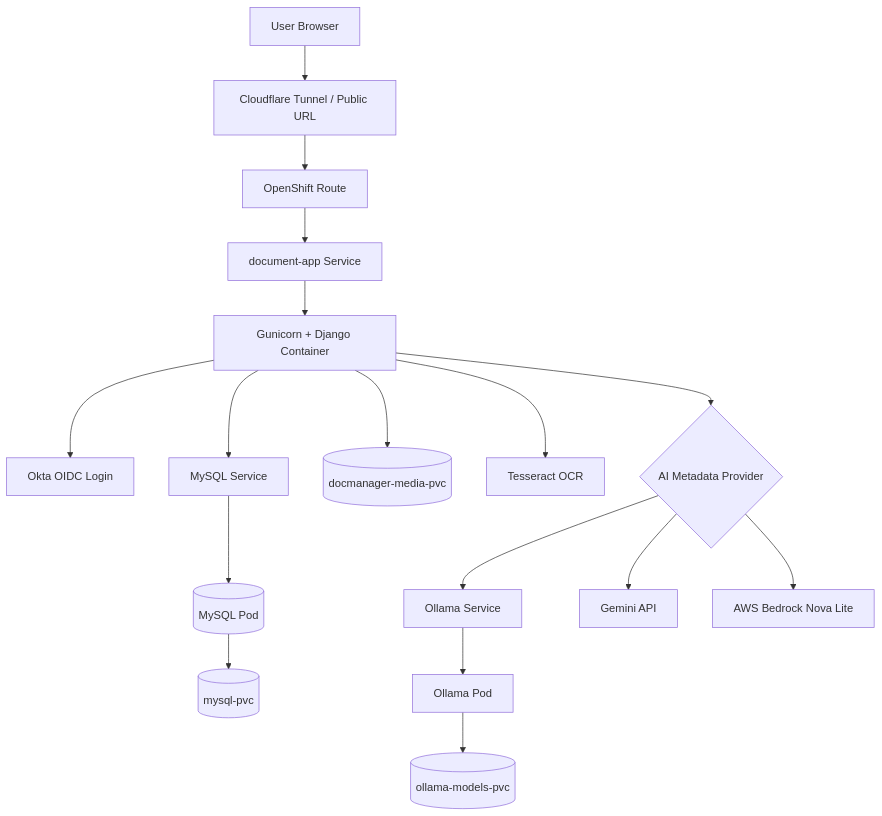
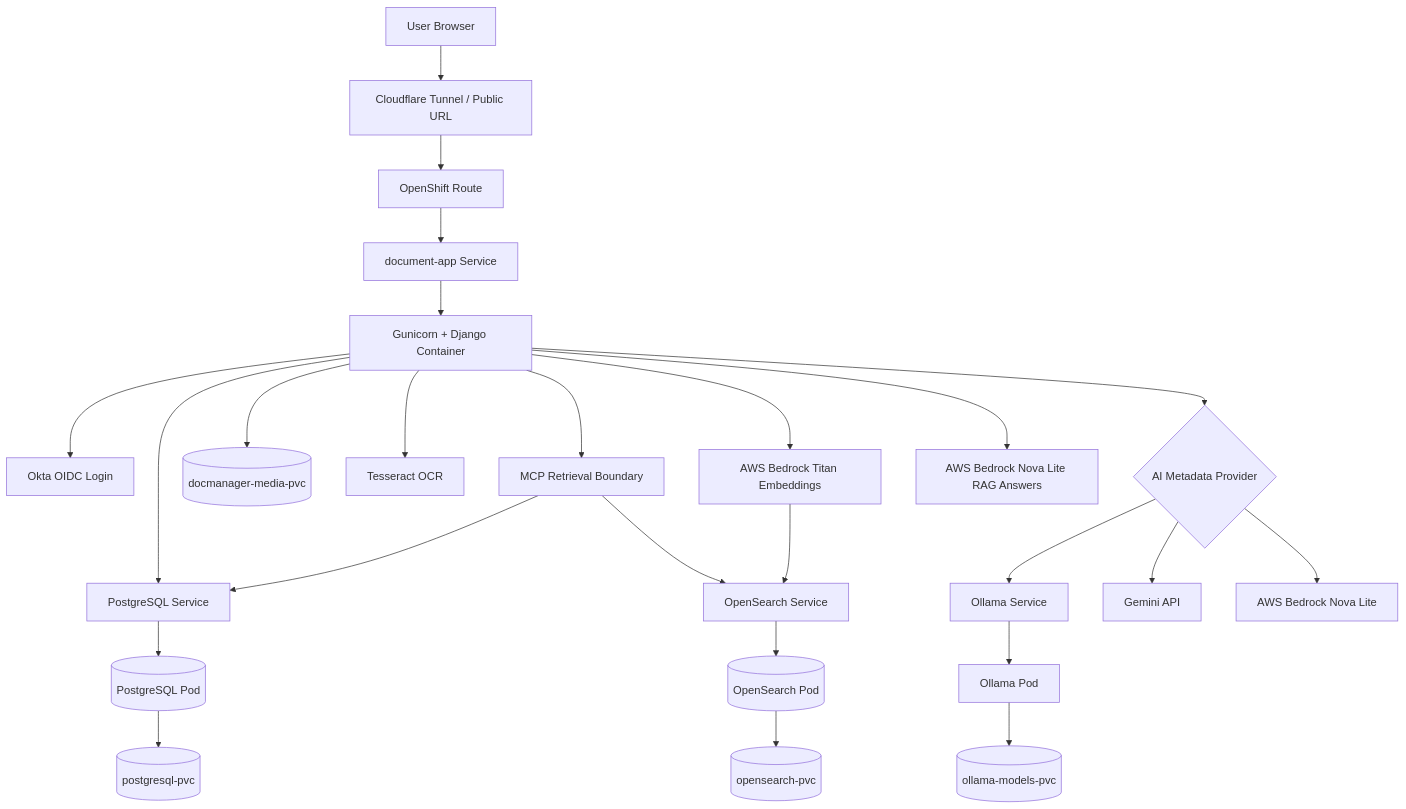
Before and after one commit to khaliqueaws-creator/document-management: the first of 3 diagrams in docs/architecture.md, drawn with Mermaid. The commit also changed other lines of this file and 70 other files, not shown here.

First line of the commit message:
Add MCP retrieval observability

````diff
--- a/docs/architecture.md
+++ b/docs/architecture.md
@@ -9,22 +9,32 @@
 ```mermaid
 flowchart TB
     User[User Browser] --> CF[Cloudflare Tunnel / Public URL]
     CF --> Route[OpenShift Route]
     Route --> SVC[document-app Service]
     SVC --> App[Gunicorn + Django Container]
 
     App --> Okta[Okta OIDC Login]
-    App --> MySQLSvc[MySQL Service]
-    MySQLSvc --> MySQL[(MySQL Pod)]
-    MySQL --> MySQLPVC[(mysql-pvc)]
+    App --> PostgreSQLSvc[PostgreSQL Service]
+    PostgreSQLSvc --> PostgreSQL[(PostgreSQL Pod)]
+    PostgreSQL --> PostgreSQLPVC[(postgresql-pvc)]
+
+    App --> MCP[MCP Retrieval Boundary]
+    MCP --> OpenSearchSvc[OpenSearch Service]
+    MCP --> PostgreSQLSvc
+    OpenSearchSvc --> OpenSearch[(OpenSearch Pod)]
+    OpenSearch --> OpenSearchPVC[(opensearch-pvc)]
 
     App --> MediaPVC[(docmanager-media-pvc)]
     App --> Tesseract[Tesseract OCR]
 
     App --> AIChoice{AI Metadata Provider}
     AIChoice --> OllamaSvc[Ollama Service]
     AIChoice --> Gemini[Gemini API]
     AIChoice --> Bedrock[AWS Bedrock Nova Lite]
     OllamaSvc --> Ollama[Ollama Pod]
     Ollama --> OllamaPVC[(ollama-models-pvc)]
+
+    App --> Titan[AWS Bedrock Titan Embeddings]
+    Titan --> OpenSearchSvc
+    App --> RAGAnswer[AWS Bedrock Nova Lite RAG Answers]
 ```
````
